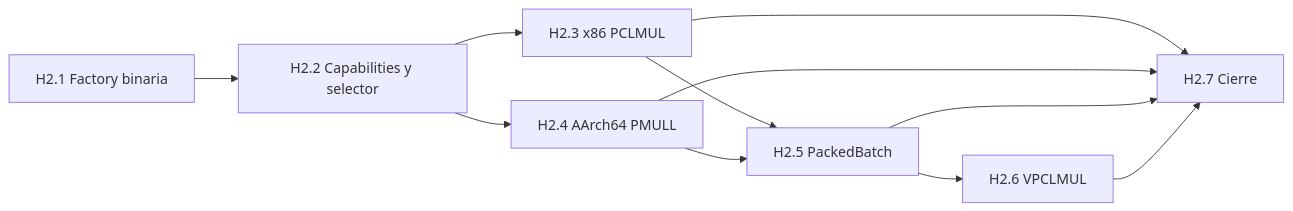
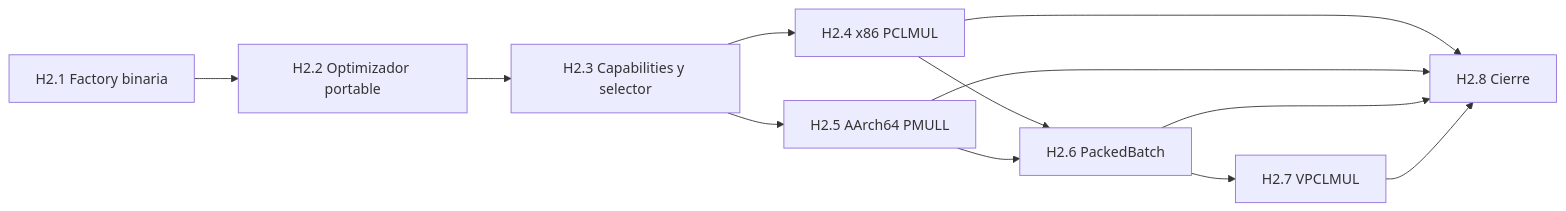
The diagram in docs/microfield/phase-2-plan.md (alfredoVallejoM/homomorphic-hash-rs), drawn with Mermaid before and after one commit. The commit also changed other lines of this file and 43 other files, not shown here.

````diff
--- a/docs/microfield/phase-2-plan.md
+++ b/docs/microfield/phase-2-plan.md
@@ -35,13 +35,14 @@
 ```mermaid
 flowchart LR
-    H21[H2.1 Factory binaria] --> H22[H2.2 Capabilities y selector]
-    H22 --> H23[H2.3 x86 PCLMUL]
-    H22 --> H24[H2.4 AArch64 PMULL]
-    H23 --> H25[H2.5 PackedBatch]
-    H24 --> H25
-    H25 --> H26[H2.6 VPCLMUL]
-    H23 --> H27[H2.7 Cierre]
-    H24 --> H27
-    H25 --> H27
-    H26 --> H27
+    H21[H2.1 Factory binaria] --> H22[H2.2 Optimizador portable]
+    H22 --> H23[H2.3 Capabilities y selector]
+    H23 --> H24[H2.4 x86 PCLMUL]
+    H23 --> H25[H2.5 AArch64 PMULL]
+    H24 --> H26[H2.6 PackedBatch]
+    H25 --> H26
+    H26 --> H27[H2.7 VPCLMUL]
+    H24 --> H28[H2.8 Cierre]
+    H25 --> H28
+    H26 --> H28
+    H27 --> H28
 ```
````
